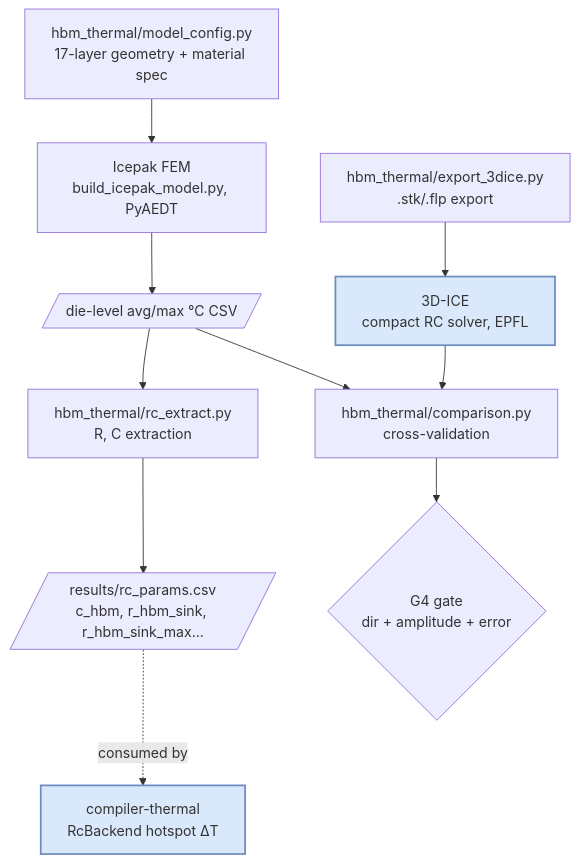
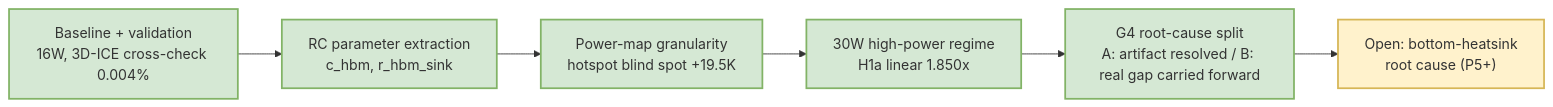
Before and after one commit to alexxony/hbm-build: the diagram in README.md, drawn with Mermaid. The commit also changed other lines of this file and 3 other files, not shown here.

First line of the commit message:
Icepak 스택 단면 온도 컨투어 PNG export 옵션 추가

````diff
--- a/README.md
+++ b/README.md
@@ -14,17 +163,13 @@
 ```mermaid
-flowchart TD
-    geom[hbm_thermal/model_config.py<br/>17-layer geometry + material spec] --> ipk[Icepak FEM<br/>build_icepak_model.py, PyAEDT]
-    ipk --> csv[/die-level avg/max °C CSV/]
-    csv --> rc[hbm_thermal/rc_extract.py<br/>R, C extraction]
-    csv --> cmp[hbm_thermal/comparison.py<br/>cross-validation]
+flowchart LR
+    P1["Baseline + validation<br/>16W, 3D-ICE cross-check 0.004%"] --> P2["RC parameter extraction<br/>c_hbm, r_hbm_sink"]
+    P2 --> P3["Power-map granularity<br/>hotspot blind spot +19.5K"]
+    P3 --> P4["30W high-power regime<br/>H1a linear 1.850x"]
+    P4 --> P5["G4 root-cause split<br/>A: artifact resolved / B: real gap carried forward"]
+    P5 --> NEXT["Open: bottom-heatsink<br/>root cause (P5+)"]
 
-    stk[hbm_thermal/export_3dice.py<br/>.stk/.flp export] --> tdice[3D-ICE<br/>compact RC solver, EPFL]
-    tdice --> cmp
-    cmp --> gate{G4 gate<br/>dir + amplitude + error}
-
-    rc --> params[/results/rc_params.csv<br/>c_hbm, r_hbm_sink, r_hbm_sink_max.../]
-    params -.consumed by.-> ct[compiler-thermal<br/>RcBackend hotspot ΔT]
-
-    classDef ext fill:#dae8fc,stroke:#6c8ebf,stroke-width:2px;
-    class tdice,ct ext
+    classDef done fill:#d5e8d4,stroke:#82b366,stroke-width:2px;
+    classDef open fill:#fff2cc,stroke:#d6b656,stroke-width:2px;
+    class P1,P2,P3,P4,P5 done
+    class NEXT open
 ```
````
